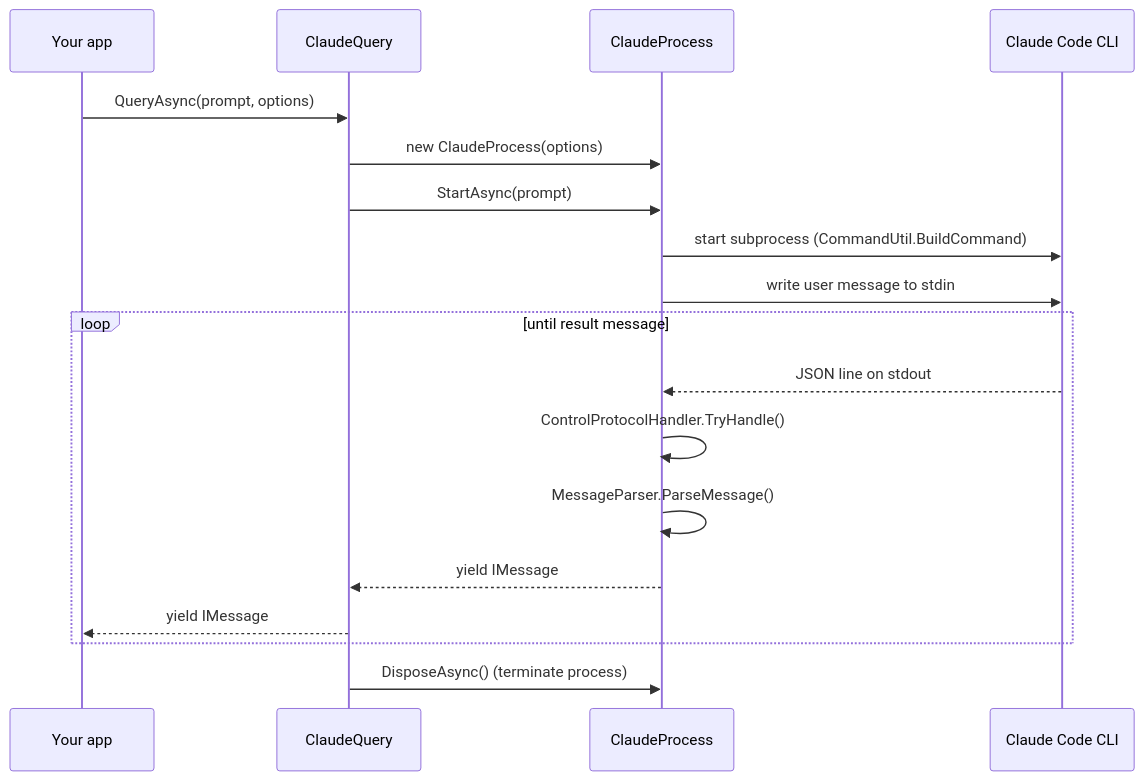
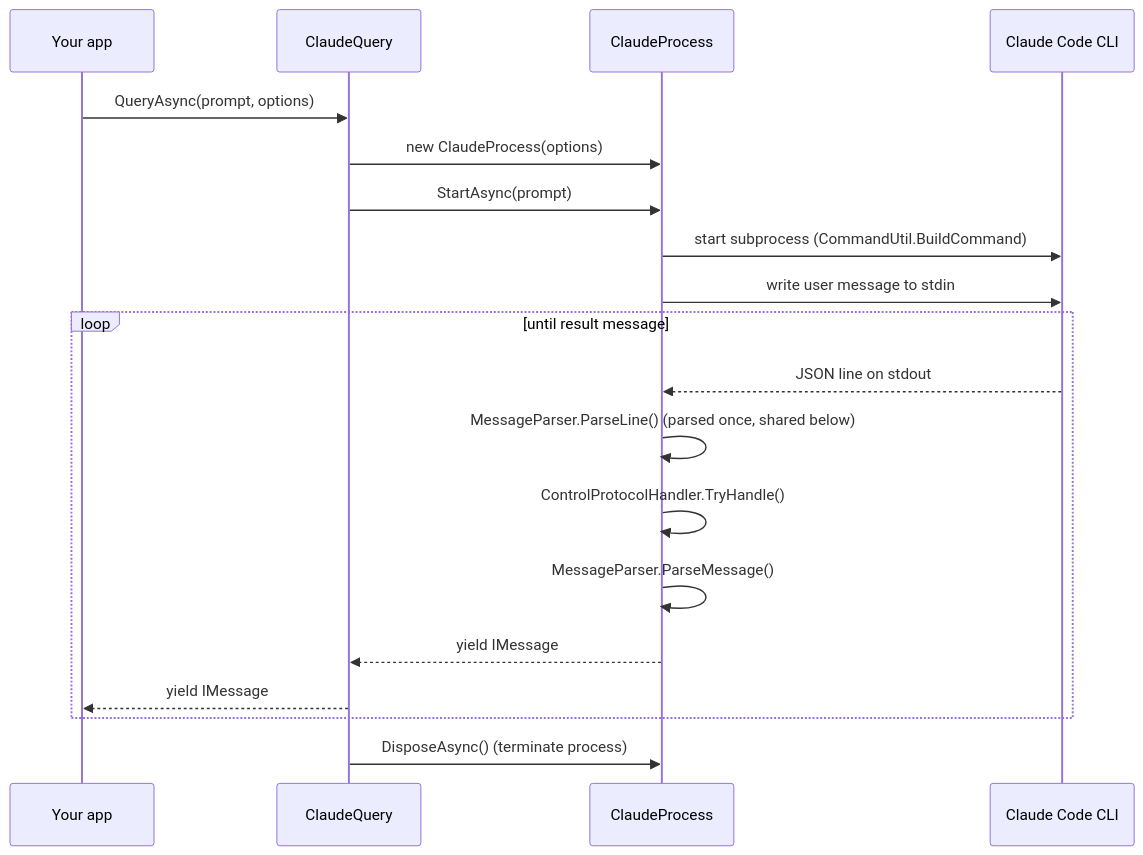
The second of 7 diagrams in src/ClaudeCodeSdk/README.md (zxyao145/claude-code-sdk-csharp), drawn with Mermaid before and after one commit. The commit also changed other lines of this file and 6 other files, not shown here.

First line of the commit message:
perf(sdk): parse each stdout line once

````diff
--- a/src/ClaudeCodeSdk/README.md
+++ b/src/ClaudeCodeSdk/README.md
@@ -559,21 +559,22 @@
 ```mermaid
 sequenceDiagram
     participant App as Your app
     participant Q as ClaudeQuery
     participant P as ClaudeProcess
     participant CLI as Claude Code CLI
 
     App->>Q: QueryAsync(prompt, options)
     Q->>P: new ClaudeProcess(options)
     Q->>P: StartAsync(prompt)
     P->>CLI: start subprocess (CommandUtil.BuildCommand)
     P->>CLI: write user message to stdin
     loop until result message
         CLI-->>P: JSON line on stdout
+        P->>P: MessageParser.ParseLine() (parsed once, shared below)
         P->>P: ControlProtocolHandler.TryHandle()
         P->>P: MessageParser.ParseMessage()
         P-->>Q: yield IMessage
         Q-->>App: yield IMessage
     end
     Q->>P: DisposeAsync() (terminate process)
 ```
````
